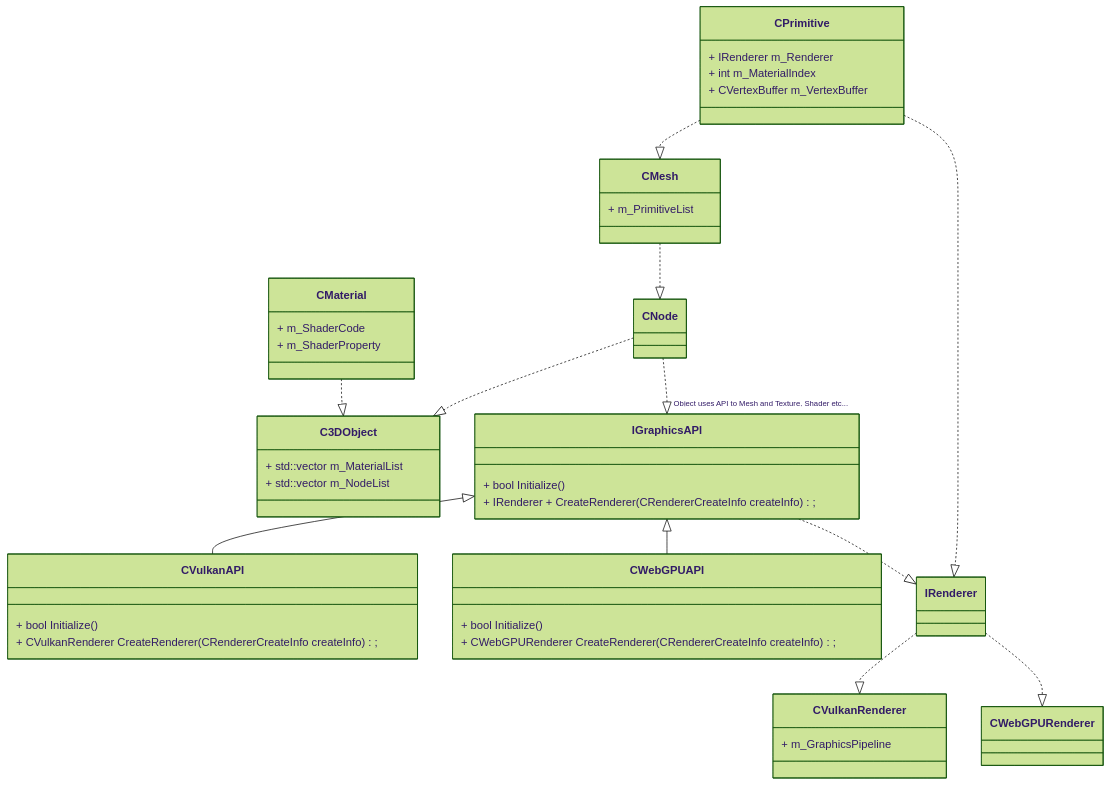
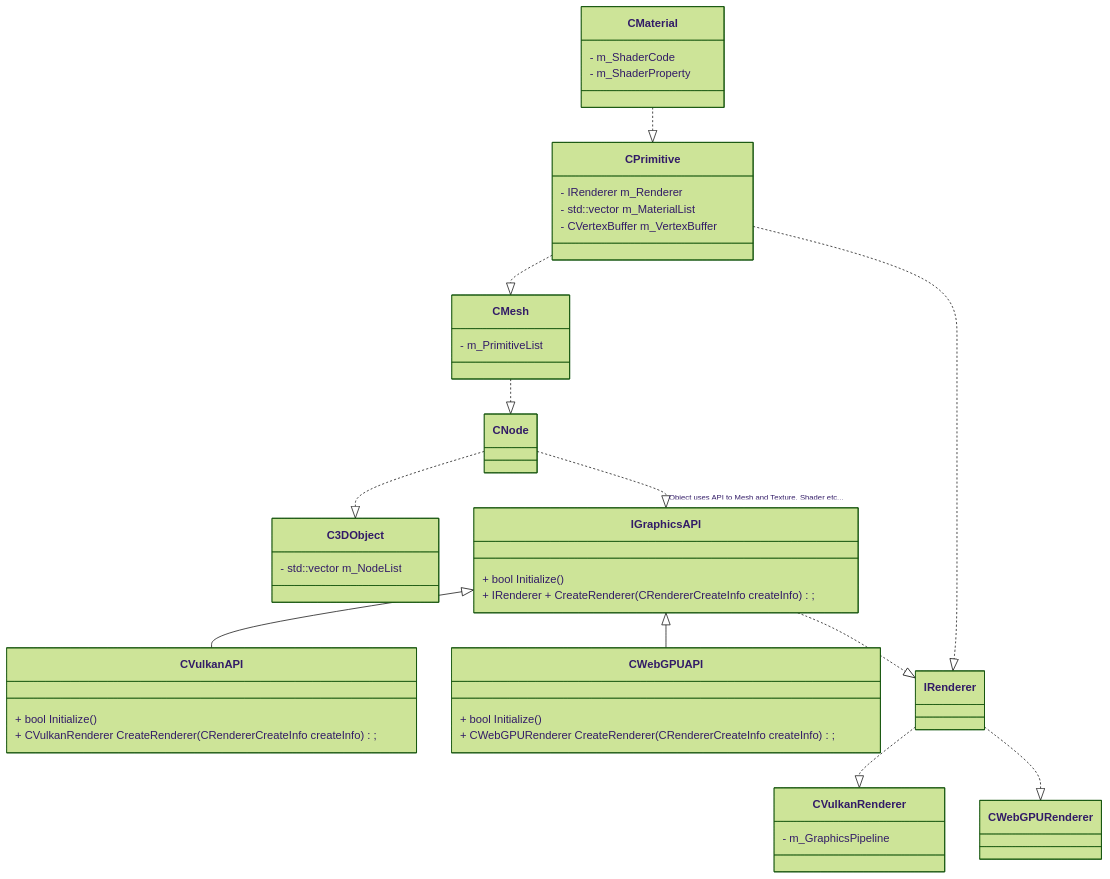
The diagram in Garnet/UML/GraphicsStructure.md (HaruoOgawa/Garnet), drawn with Mermaid (forest theme) before and after one commit.

````diff
--- a/Garnet/UML/GraphicsStructure.md
+++ b/Garnet/UML/GraphicsStructure.md
@@ -1,74 +1,73 @@
 ```mermaid
 classDiagram
   class C3DObject{
-    + std::vector<CMaterial> m_MaterialList
-    + std::vector<CNode> m_NodeList
+    - std::vector<CNode> m_NodeList
   }
 
   class CNode{
   }
  
   CNode ..|> C3DObject
  
-  class CMaterial{
-    + m_ShaderCode
-    + m_ShaderProperty
-  }
-
-  CMaterial ..|> C3DObject
-
   class CMesh{
-    + m_PrimitiveList
+    - m_PrimitiveList
   }
   
   CMesh ..|> CNode
   
   class CPrimitive{
-    + IRenderer m_Renderer
-    + int m_MaterialIndex
-    + CVertexBuffer m_VertexBuffer
+    - IRenderer m_Renderer
+    - std::vector<CMaterial> m_MaterialList
+    - CVertexBuffer m_VertexBuffer
   }
 
   CPrimitive ..|> CMesh
+  
+  class CMaterial{
+    - m_ShaderCode
+    - m_ShaderProperty
+  }
 
+  CMaterial ..|> CPrimitive
+  
   class IGraphicsAPI{
     + bool Initialize()
     + IRenderer + CreateRenderer(CRendererCreateInfo createInfo);
   }
   
   CNode ..|> "Object uses API to Mesh and Texture, Shader etc..." IGraphicsAPI
 
   class CVulkanAPI{
     + bool Initialize()
     + CVulkanRenderer CreateRenderer(CRendererCreateInfo createInfo);
   }
   
   IGraphicsAPI <|-- CVulkanAPI
   
   class CWebGPUAPI{
     + bool Initialize()
     + CWebGPURenderer CreateRenderer(CRendererCreateInfo createInfo);
   }
   
   IGraphicsAPI <|-- CWebGPUAPI
 
   class IRenderer{
   
   }
   
   CPrimitive ..|> IRenderer
   IGraphicsAPI ..|> IRenderer
   
   class CVulkanRenderer{
-    + m_GraphicsPipeline
+    - m_GraphicsPipeline
   }
   
   IRenderer ..|> CVulkanRenderer
   
   class CWebGPURenderer{
   
   }
   
   IRenderer ..|> CWebGPURenderer
 
 ```
````
